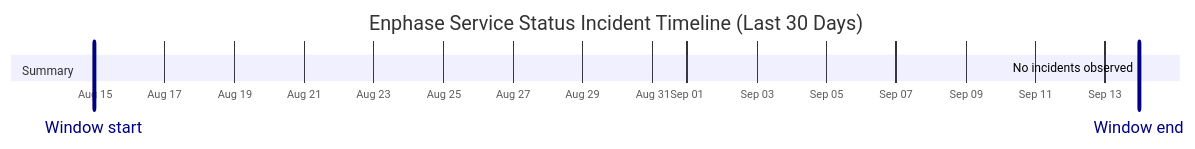
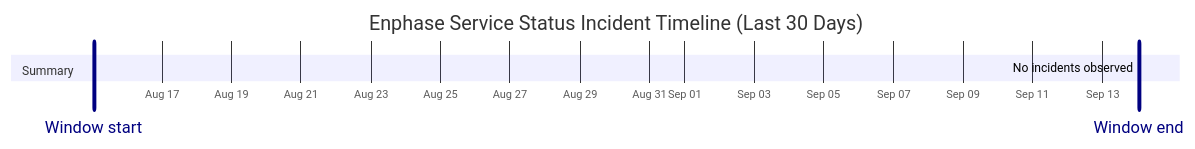
Before and after one commit to barneyonline/ha-enphase-energy: the diagram in wiki/Service-Status-History.md, drawn with Mermaid. The commit also changed other lines of this file and 3 other files, not shown here.

````diff
--- a/wiki/Service-Status-History.md
+++ b/wiki/Service-Status-History.md
@@ -14,10 +14,10 @@
 ```mermaid
 gantt
     title Enphase Service Status Incident Timeline (Last 30 Days)
     dateFormat  YYYY-MM-DDTHH:mm:ss
     axisFormat  %b %d
-    Window start :vert, window-start, 2026-08-14T23:18:24, 0ms
-    Window end :vert, window-end, 2026-09-13T23:18:24, 0ms
+    Window start :vert, window-start, 2026-08-15T01:21:17, 0ms
+    Window end :vert, window-end, 2026-09-14T01:21:17, 0ms
     section Summary
-    No incidents observed :done, 2026-09-13T23:18:24, 1m
+    No incidents observed :done, 2026-09-14T01:21:17, 1m
 ```
````
